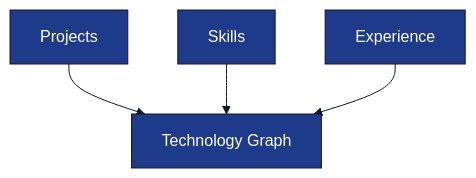
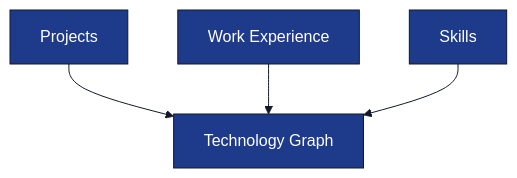
The second of 2 diagrams in docs/tech-spec/05_resume_pipeline.md (Veeru123456778/ai-interview-service), drawn with Mermaid before and after one commit. The commit also changed other lines of this file, not shown here.

````diff
--- a/docs/tech-spec/05_resume_pipeline.md
+++ b/docs/tech-spec/05_resume_pipeline.md
@@ -138,31 +144,31 @@
 ```mermaid
 %%{init:{
   "theme":"base",
   "themeVariables":{
     "background":"#FFFFFF",
     "primaryColor":"#1E3A8A",
     "primaryTextColor":"#FFFFFF",
     "primaryBorderColor":"#111827",
     "secondaryColor":"#2563EB",
     "secondaryTextColor":"#FFFFFF",
     "tertiaryColor":"#DBEAFE",
     "lineColor":"#111827",
     "edgeLabelBackground":"#FFFFFF",
     "fontFamily":"Inter"
   }
 }}%%
 
 flowchart TD
 
     PROJECTS["Projects"]
 
+    EXPERIENCE["Work Experience"]
+
     SKILLS["Skills"]
-
-    EXPERIENCE["Experience"]
 
     GRAPH["Technology Graph"]
 
     PROJECTS --> GRAPH
+    EXPERIENCE --> GRAPH
     SKILLS --> GRAPH
-    EXPERIENCE --> GRAPH
 ```
````
